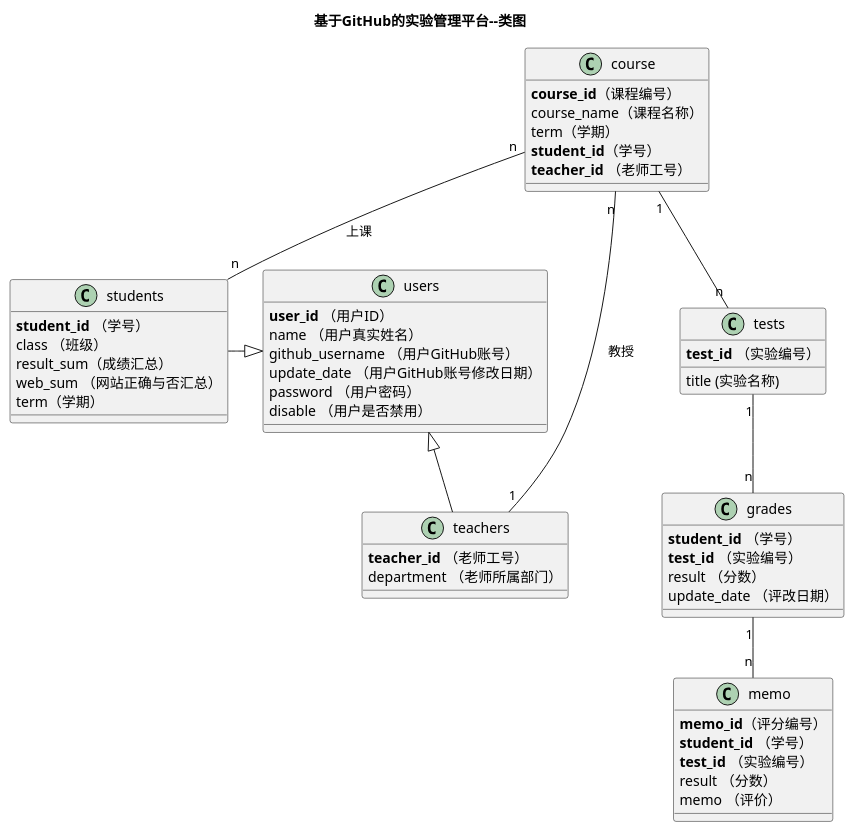
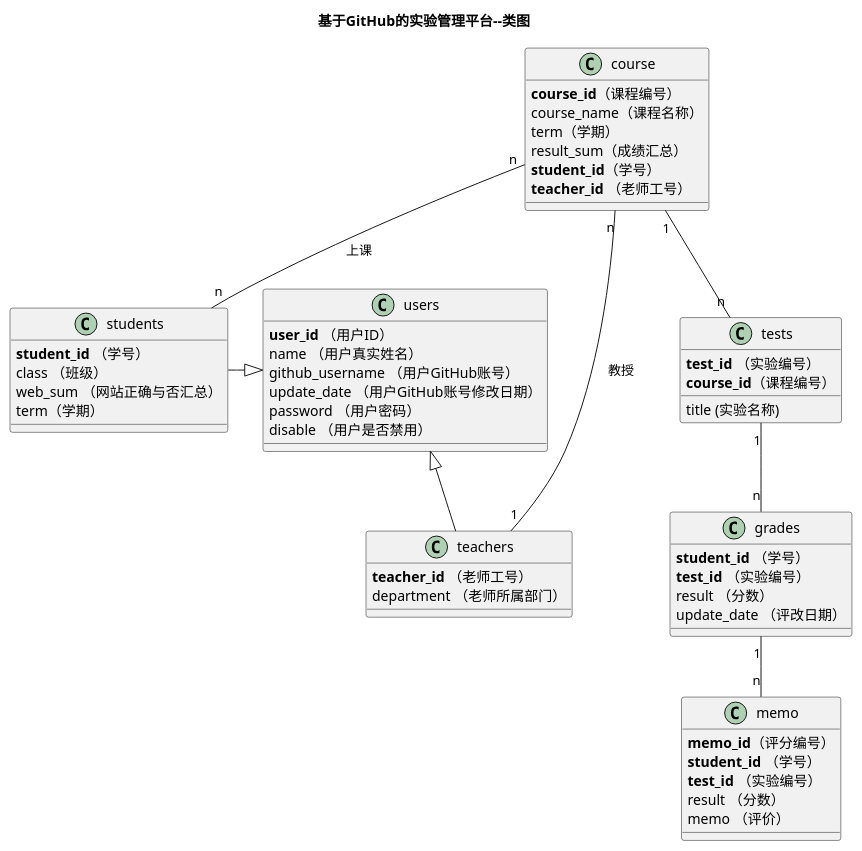
One commit to mxbox2/is_analysis changed the diagram in test6/src/class.puml. Above: the diagram before and after it, drawn with PlantUML. The commit also changed 2 other files, not shown here.

```diff
--- a/test6/src/class.puml
+++ b/test6/src/class.puml
@@ -1,55 +1,56 @@
 @startuml
 title 基于GitHub的实验管理平台--类图
 class users {
     <b>user_id</b> （用户ID）
     name （用户真实姓名）
     github_username （用户GitHub账号）
     update_date （用户GitHub账号修改日期）
     password （用户密码）
     disable （用户是否禁用）
 }
 class teachers{
     <b>teacher_id</b> （老师工号）
     department （老师所属部门）
 }
 class students{
     <b>student_id</b> （学号）
     class （班级）
-    result_sum（成绩汇总）
     web_sum （网站正确与否汇总）
     term（学期）
 }
 students-|>users
 users <|-- teachers
 class grades {
     <b>student_id</b> （学号）
     <b>test_id</b> （实验编号）
     result （分数）
     update_date （评改日期）
 }
 
 class tests {
     <b>test_id</b> （实验编号）
+    <b>course_id</b>（课程编号）
     title (实验名称)
 }
 class course{
     <b>course_id</b>（课程编号）
     course_name（课程名称）
     term（学期）
+    result_sum（成绩汇总）
     <b>student_id</b>（学号）
    <b>teacher_id</b> （老师工号）
 }
 class memo{
     <b>memo_id</b>（评分编号）
     <b>student_id</b> （学号）
     <b>test_id</b> （实验编号）
     result （分数）
     memo （评价）
 }
 grades"1"--"n"memo
 course "1" -- "n"  tests
 tests "1" -- "n"  grades
 course "n"--"n" students:上课
 course "n"--"1"teachers:教授
 
 @enduml
```
